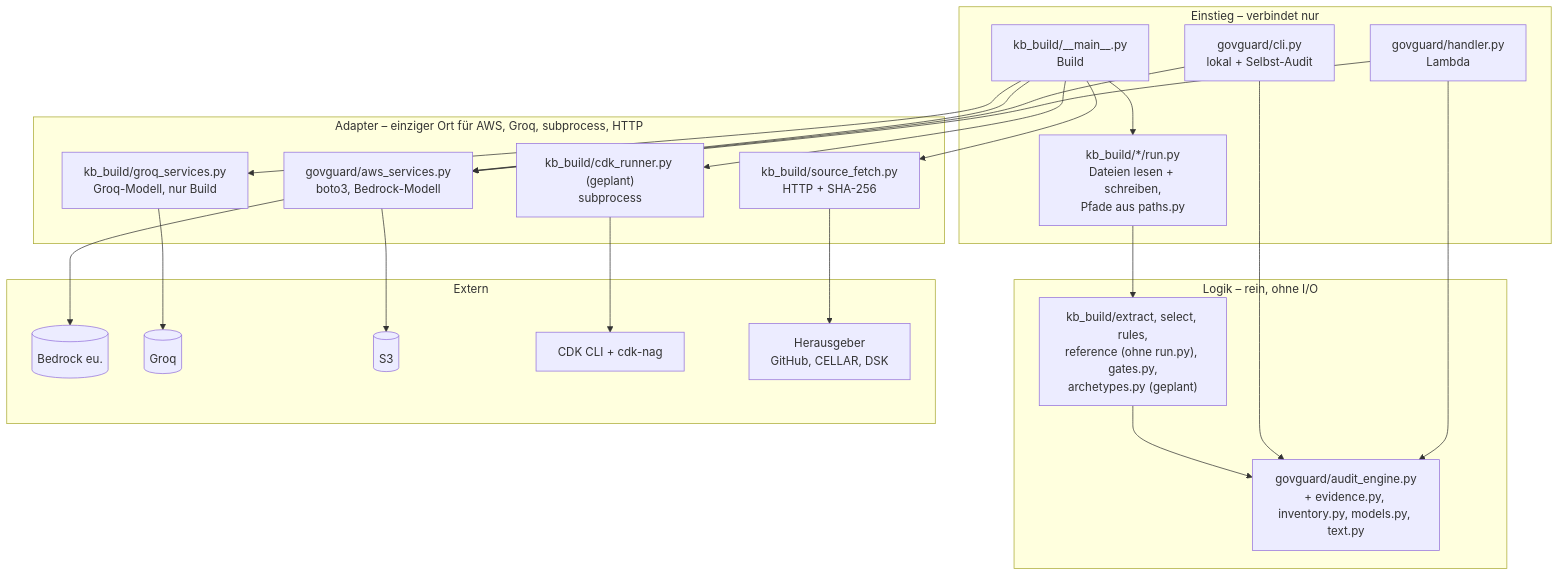
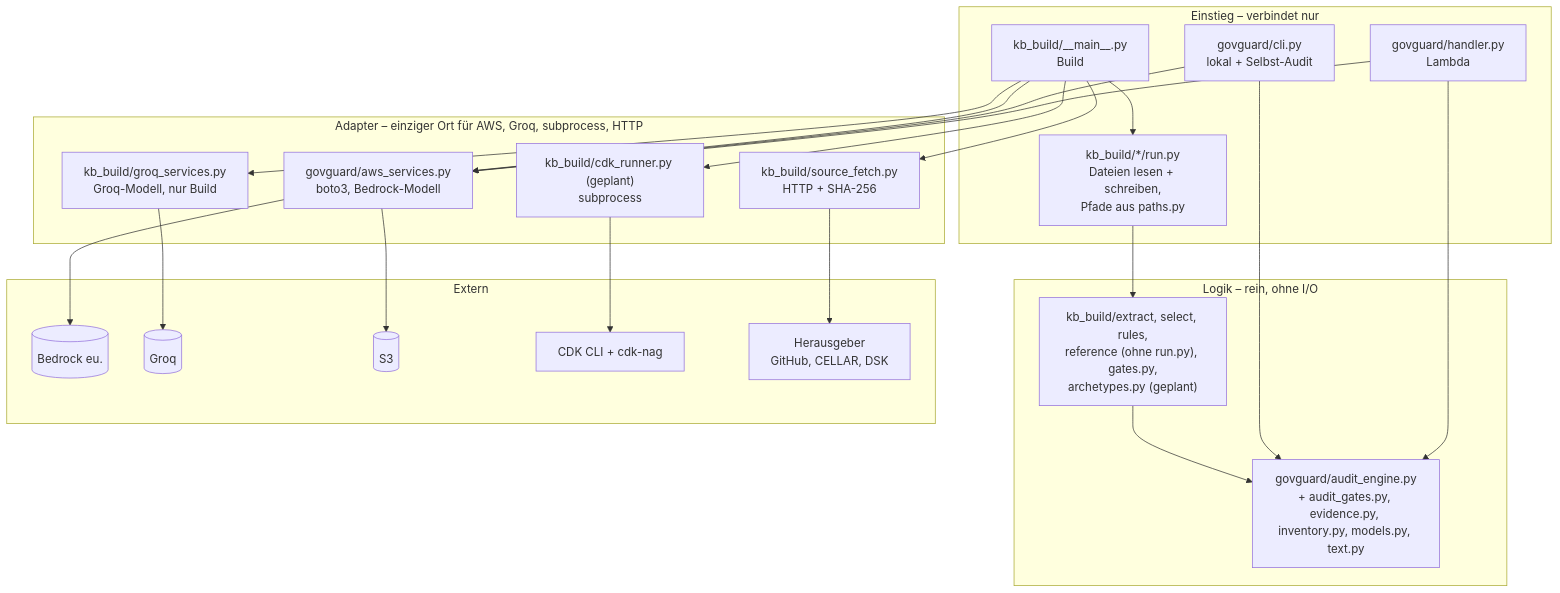
One commit to Daniel74/GovGuard changed the fourth of 4 diagrams in docs/ARCHITECTURE.md. Above: the diagram before and after it, drawn with Mermaid. The commit also changed 10 other files, not shown here.

````diff
--- a/docs/ARCHITECTURE.md
+++ b/docs/ARCHITECTURE.md
@@ -258,35 +258,35 @@
 ```mermaid
 flowchart TB
   subgraph E["Einstieg – verbindet nur"]
     H["govguard/handler.py<br/>Lambda"]
     C["govguard/cli.py<br/>lokal + Selbst-Audit"]
     M["kb_build/__main__.py<br/>Build"]
     R["kb_build/*/run.py<br/>Dateien lesen + schreiben,<br/>Pfade aus paths.py"]
   end
   subgraph L["Logik – rein, ohne I/O"]
-    AE["govguard/audit_engine.py<br/>+ evidence.py, inventory.py, models.py, text.py"]
+    AE["govguard/audit_engine.py<br/>+ audit_gates.py, evidence.py, inventory.py, models.py, text.py"]
     KB["kb_build/extract, select, rules,<br/>reference (ohne run.py), gates.py,<br/>archetypes.py (geplant)"]
   end
   subgraph A["Adapter – einziger Ort für AWS, Groq, subprocess, HTTP"]
     AWS["govguard/aws_services.py<br/>boto3, Bedrock-Modell"]
     GQ["kb_build/groq_services.py<br/>Groq-Modell, nur Build"]
     CDK["kb_build/cdk_runner.py (geplant)<br/>subprocess"]
     FE["kb_build/source_fetch.py<br/>HTTP + SHA-256"]
   end
   subgraph X["Extern"]
     B[("Bedrock eu.")]
     G[("Groq")]
     S3[("S3")]
     CL["CDK CLI + cdk-nag"]
     HG["Herausgeber<br/>GitHub, CELLAR, DSK"]
   end
   H & C --> AE
   H & C --> AWS
   M --> R --> KB
   M --> AWS & GQ & CDK & FE
   KB --> AE
   AWS --> B & S3
   GQ --> G
   CDK --> CL
   FE --> HG
 ```
````
